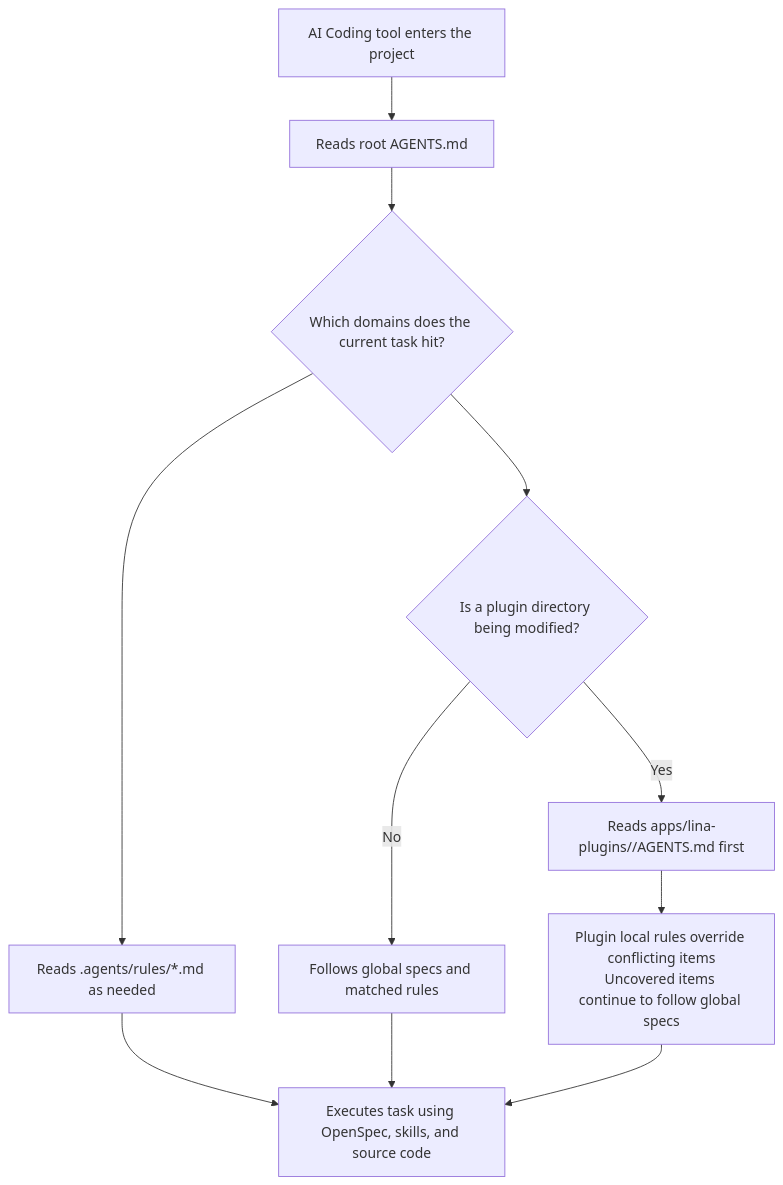
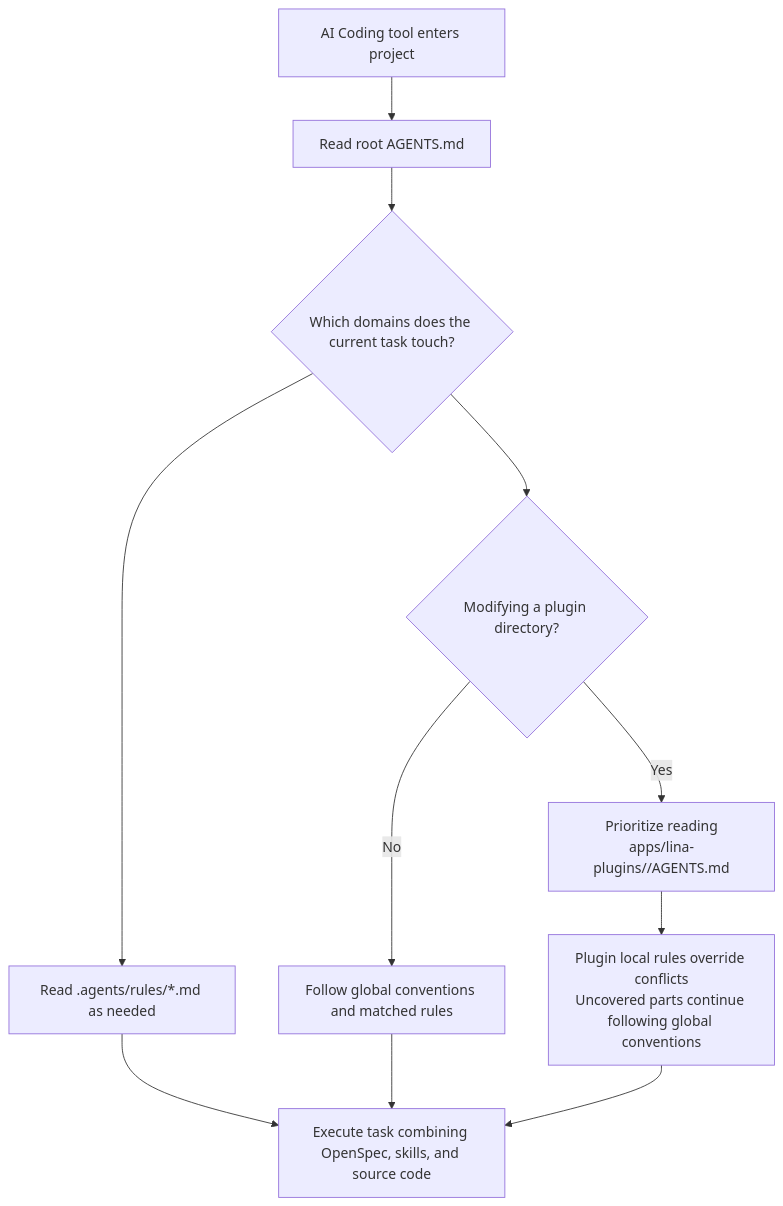
One commit to linaproai/linapro-site changed the second of 2 diagrams in apps/lina-site/i18n/en/docusaurus-plugin-content-docs/current/docs/1000-concepts/1000-ai-native.md. Above: the diagram before and after it, drawn with Mermaid. The commit also changed other lines of this file and 56 other files, not shown here.

Commit message:
Refactor documentation for tenant and user capabilities; enhance clarity and consistency in descriptions, method names, and usage examples. Update overview and architecture sections for improved readability and coherence. Adjust demo instructions and project positioning for better user guidance.

````diff
--- a/apps/lina-site/i18n/en/docusaurus-plugin-content-docs/current/docs/1000-concepts/1000-ai-native.md
+++ b/apps/lina-site/i18n/en/docusaurus-plugin-content-docs/current/docs/1000-concepts/1000-ai-native.md
@@ -117,13 +133,13 @@
 ```mermaid
 flowchart TD
-    A["AI Coding tool enters the project"] --> B["Reads root AGENTS.md"]
-    B --> C{"Which domains does the current task hit?"}
-    C --> D["Reads .agents/rules/*.md as needed"]
-    C --> E{"Is a plugin directory being modified?"}
-    E -- Yes --> F["Reads apps/lina-plugins/<plugin-id>/AGENTS.md first"]
-    E -- No --> G["Follows global specs and matched rules"]
-    F --> H["Plugin local rules override conflicting items\nUncovered items continue to follow global specs"]
-    D --> I["Executes task using OpenSpec, skills, and source code"]
+    A["AI Coding tool enters project"] --> B["Read root AGENTS.md"]
+    B --> C{"Which domains does the current task touch?"}
+    C --> D["Read .agents/rules/*.md as needed"]
+    C --> E{"Modifying a plugin directory?"}
+    E -- Yes --> F["Prioritize reading\napps/lina-plugins/<plugin-id>/AGENTS.md"]
+    E -- No --> G["Follow global conventions and matched rules"]
+    F --> H["Plugin local rules override conflicts\nUncovered parts continue following global conventions"]
+    D --> I["Execute task combining OpenSpec, skills, and source code"]
     G --> I
     H --> I
 ```
````
